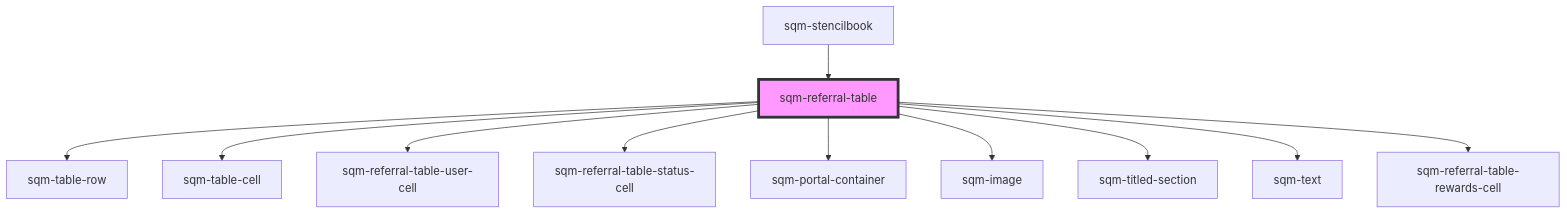
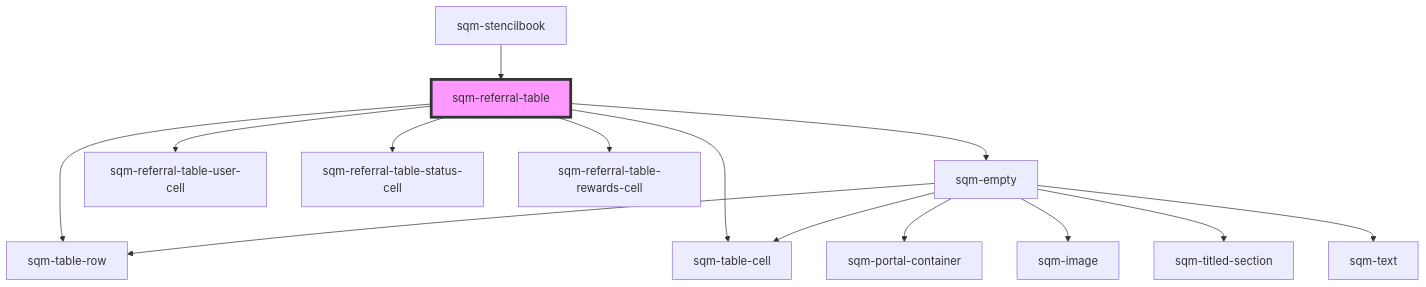
The diagram in packages/mint-components/src/components/sqm-referral-table/readme.md (saasquatch/program-tools), drawn with Mermaid before and after one commit. The commit also changed other lines of this file and 33 other files, not shown here.

````diff
--- a/packages/mint-components/src/components/sqm-referral-table/readme.md
+++ b/packages/mint-components/src/components/sqm-referral-table/readme.md
@@ -46,14 +40,17 @@
 ```mermaid
 graph TD;
   sqm-referral-table --> sqm-table-row
   sqm-referral-table --> sqm-table-cell
+  sqm-referral-table --> sqm-empty
   sqm-referral-table --> sqm-referral-table-user-cell
   sqm-referral-table --> sqm-referral-table-status-cell
-  sqm-referral-table --> sqm-portal-container
-  sqm-referral-table --> sqm-image
-  sqm-referral-table --> sqm-titled-section
-  sqm-referral-table --> sqm-text
   sqm-referral-table --> sqm-referral-table-rewards-cell
+  sqm-empty --> sqm-portal-container
+  sqm-empty --> sqm-image
+  sqm-empty --> sqm-titled-section
+  sqm-empty --> sqm-text
+  sqm-empty --> sqm-table-row
+  sqm-empty --> sqm-table-cell
   sqm-stencilbook --> sqm-referral-table
   style sqm-referral-table fill:#f9f,stroke:#333,stroke-width:4px
 ```
````
